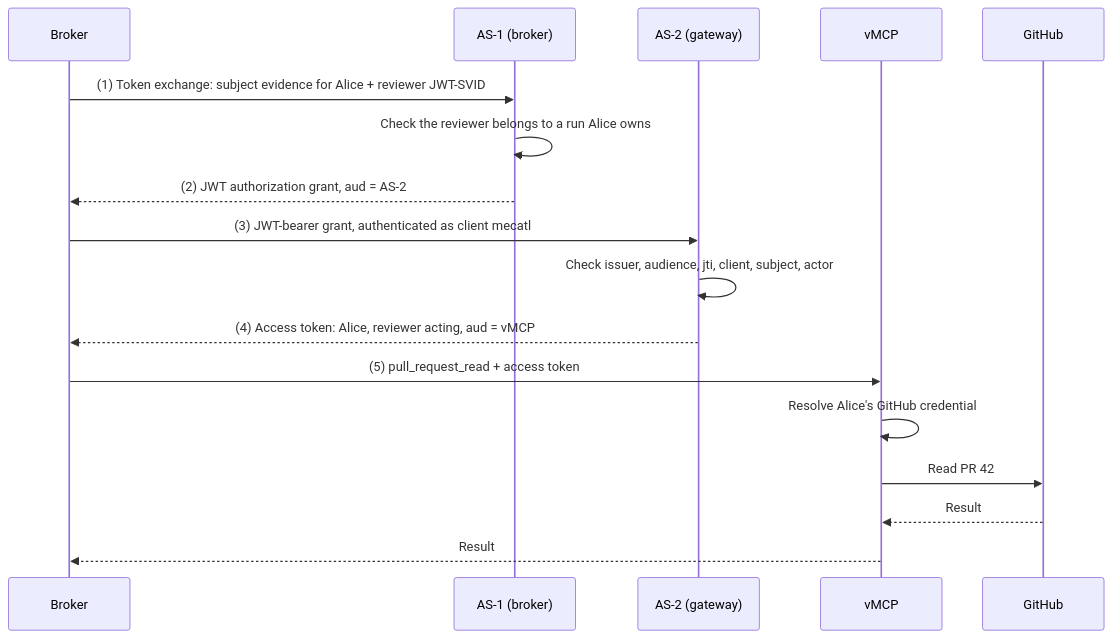
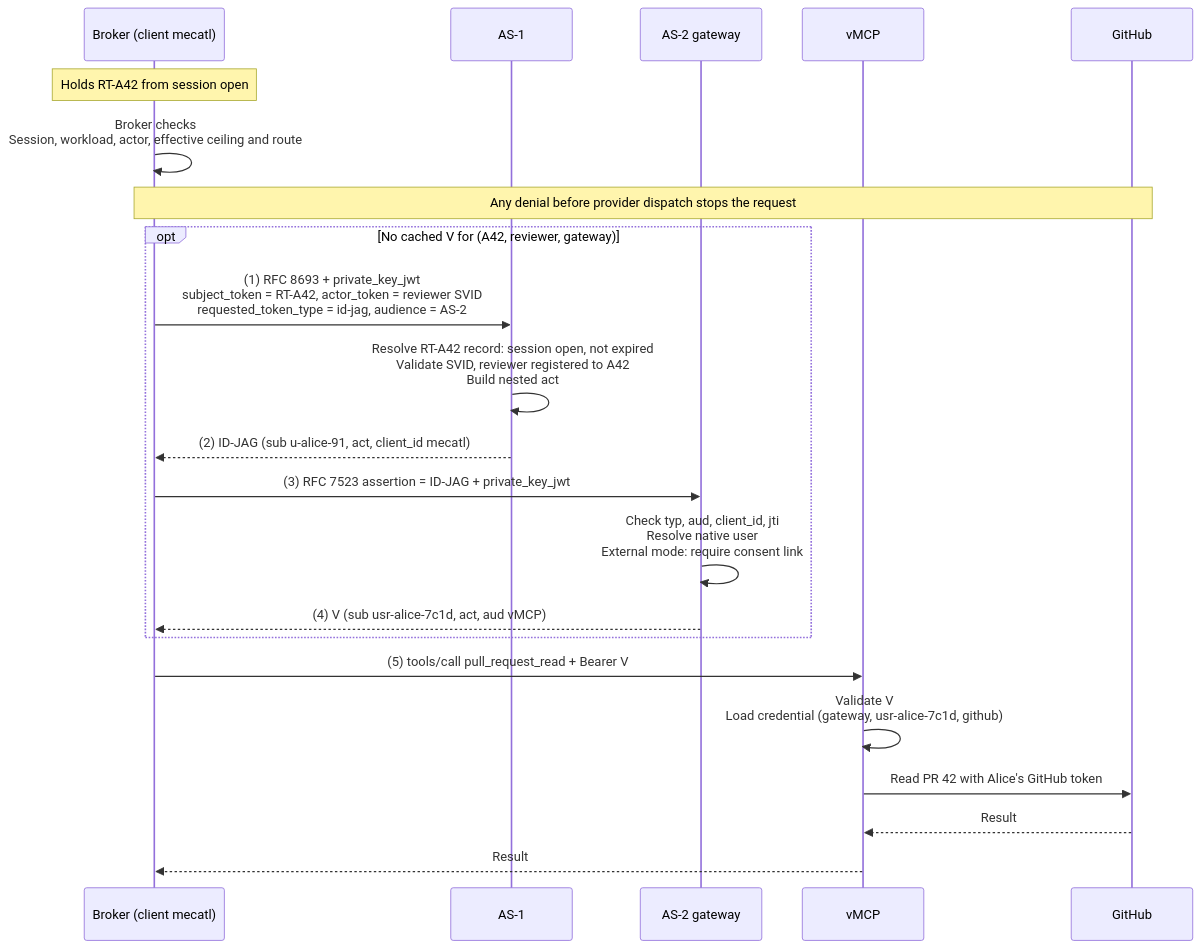
Before and after one commit to stacklok/mecatl: the diagram in docs/drafts/agent-identity/mcp-gateway-modes.md, drawn with Mermaid. The commit also changed other lines of this file and 7 other files, not shown here.

````diff
--- a/docs/drafts/agent-identity/mcp-gateway-modes.md
+++ b/docs/drafts/agent-identity/mcp-gateway-modes.md
@@ -30,20 +42,25 @@
 ```mermaid
 sequenceDiagram
-    participant B as Broker
-    participant A1 as AS-1 (broker)
-    participant A2 as AS-2 (gateway)
+    participant B as Broker (client mecatl)
+    participant A1 as AS-1
+    participant A2 as AS-2 gateway
     participant V as vMCP
     participant P as GitHub
 
-    B->>A1: (1) Token exchange: subject evidence for Alice + reviewer JWT-SVID
-    A1->>A1: Check the reviewer belongs to a run Alice owns
-    A1-->>B: (2) JWT authorization grant, aud = AS-2
-    B->>A2: (3) JWT-bearer grant, authenticated as client mecatl
-    A2->>A2: Check issuer, audience, jti, client, subject, actor
-    A2-->>B: (4) Access token: Alice, reviewer acting, aud = vMCP
-    B->>V: (5) pull_request_read + access token
-    V->>V: Resolve Alice's GitHub credential
-    V->>P: Read PR 42
+    Note over B: Holds RT-A42 from session open
+    B->>B: Broker checks<br/>Session, workload, actor, effective ceiling and route
+    Note over B,P: Any denial before provider dispatch stops the request
+    opt No cached V for (A42, reviewer, gateway)
+        B->>A1: (1) RFC 8693 + private_key_jwt<br/>subject_token = RT-A42, actor_token = reviewer SVID<br/>requested_token_type = id-jag, audience = AS-2
+        A1->>A1: Resolve RT-A42 record: session open, not expired<br/>Validate SVID, reviewer registered to A42<br/>Build nested act
+        A1-->>B: (2) ID-JAG (sub u-alice-91, act, client_id mecatl)
+        B->>A2: (3) RFC 7523 assertion = ID-JAG + private_key_jwt
+        A2->>A2: Check typ, aud, client_id, jti<br/>Resolve native user<br/>External mode: require consent link
+        A2-->>B: (4) V (sub usr-alice-7c1d, act, aud vMCP)
+    end
+    B->>V: (5) tools/call pull_request_read + Bearer V
+    V->>V: Validate V<br/>Load credential (gateway, usr-alice-7c1d, github)
+    V->>P: Read PR 42 with Alice's GitHub token
     P-->>V: Result
     V-->>B: Result
 ```
````
